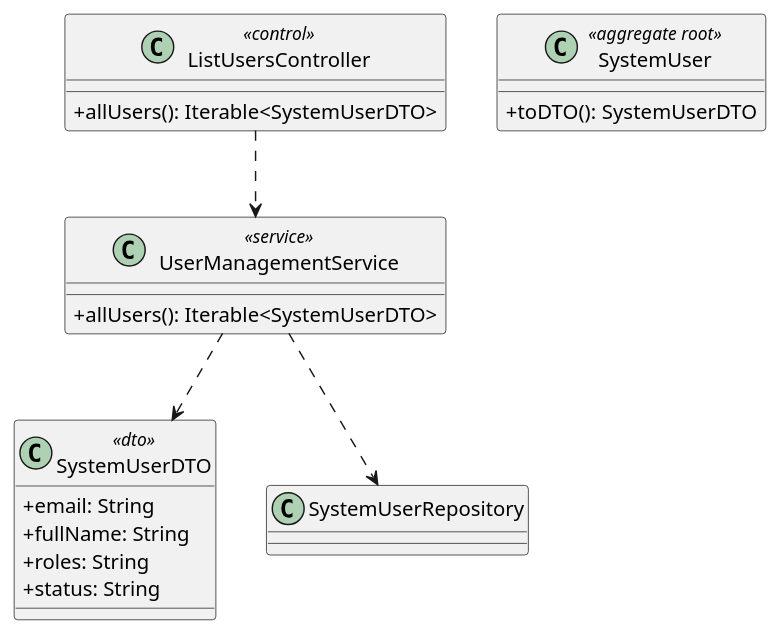
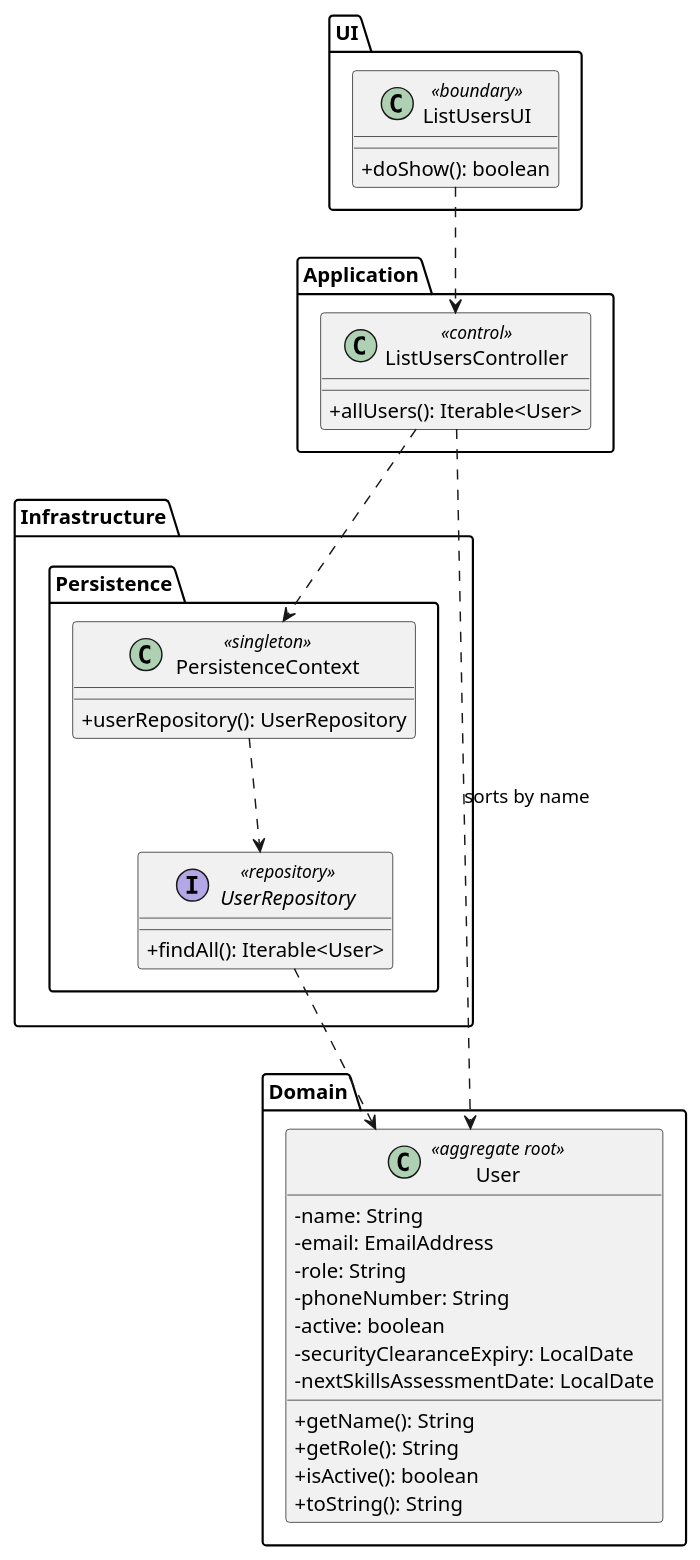
One commit to DuartePinto1240/sem4pi2526-sem4pi2526_2da2 changed the diagram in docs/Sprint 2/EAPLI/US033/puml/US033-class-diagram.puml. Above: the diagram before and after it, drawn with PlantUML. The commit also changed 16 other files, not shown here.

```diff
--- a/docs/Sprint 2/EAPLI/US033/puml/US033-class-diagram.puml
+++ b/docs/Sprint 2/EAPLI/US033/puml/US033-class-diagram.puml
@@ -1,23 +1,46 @@
 @startuml
 skinparam classAttributeIconSize 0
 
-class ListUsersController <<control>> {
-  +allUsers(): Iterable<SystemUserDTO>
-}
-class UserManagementService <<service>> {
-  +allUsers(): Iterable<SystemUserDTO>
-}
-class SystemUserDTO <<dto>> {
-  +email: String
-  +fullName: String
-  +roles: String
-  +status: String
-}
-class SystemUser <<aggregate root>> {
-  +toDTO(): SystemUserDTO
+package "UI" {
+  class ListUsersUI <<boundary>> {
+    +doShow(): boolean
+  }
 }
 
-ListUsersController ..> UserManagementService
-UserManagementService ..> SystemUserRepository
-UserManagementService ..> SystemUserDTO
+package "Application" {
+  class ListUsersController <<control>> {
+    +allUsers(): Iterable<User>
+  }
+}
+
+package "Domain" {
+  class User <<aggregate root>> {
+    -name: String
+    -email: EmailAddress
+    -role: String
+    -phoneNumber: String
+    -active: boolean
+    -securityClearanceExpiry: LocalDate
+    -nextSkillsAssessmentDate: LocalDate
+    +getName(): String
+    +getRole(): String
+    +isActive(): boolean
+    +toString(): String
+  }
+}
+
+package "Infrastructure.Persistence" {
+  class PersistenceContext <<singleton>> {
+    +userRepository(): UserRepository
+  }
+  interface UserRepository <<repository>> {
+    +findAll(): Iterable<User>
+  }
+}
+
+ListUsersUI ..> ListUsersController
+ListUsersController ..> PersistenceContext
+ListUsersController ..> User : sorts by name
+PersistenceContext ..> UserRepository
+UserRepository ..> User
 @enduml
```
